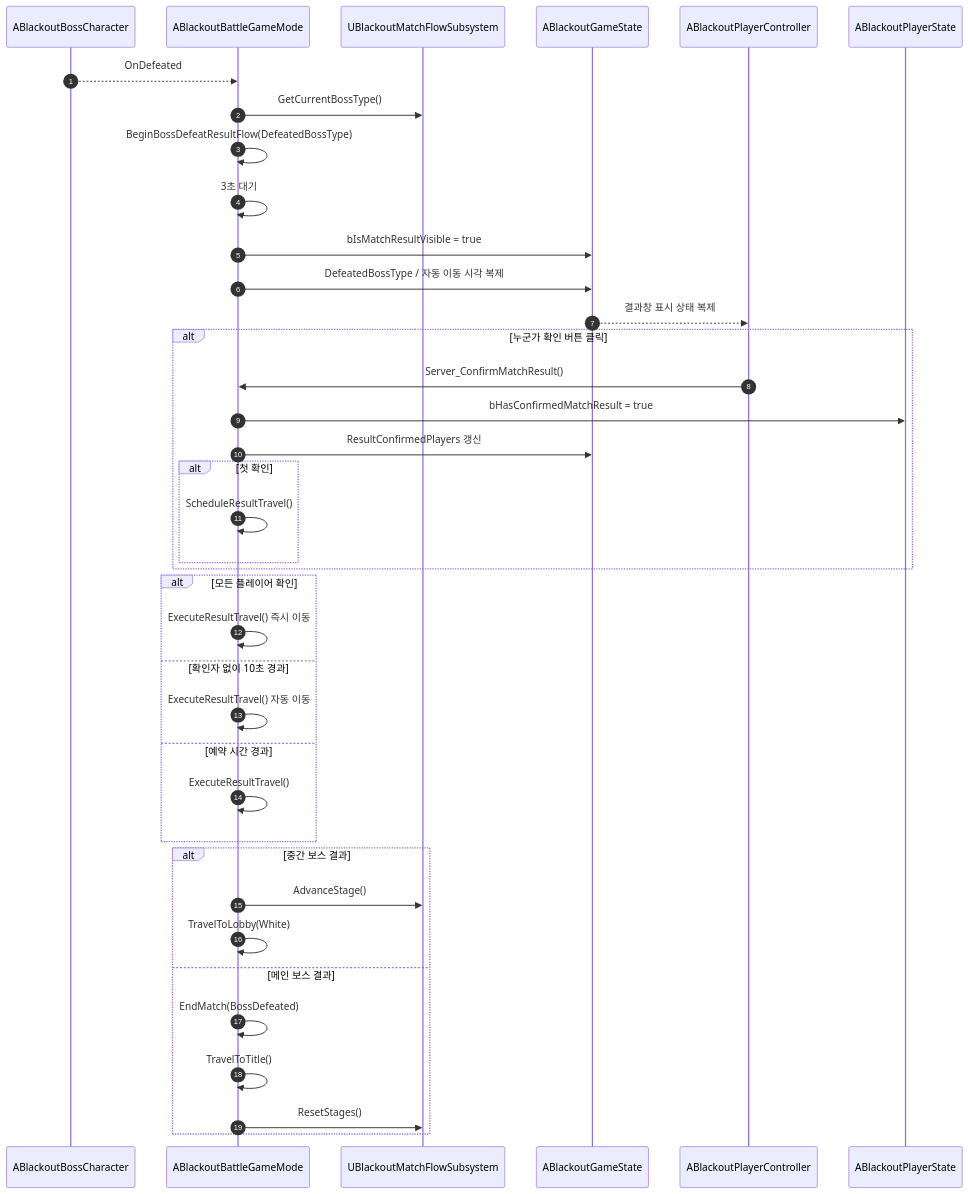
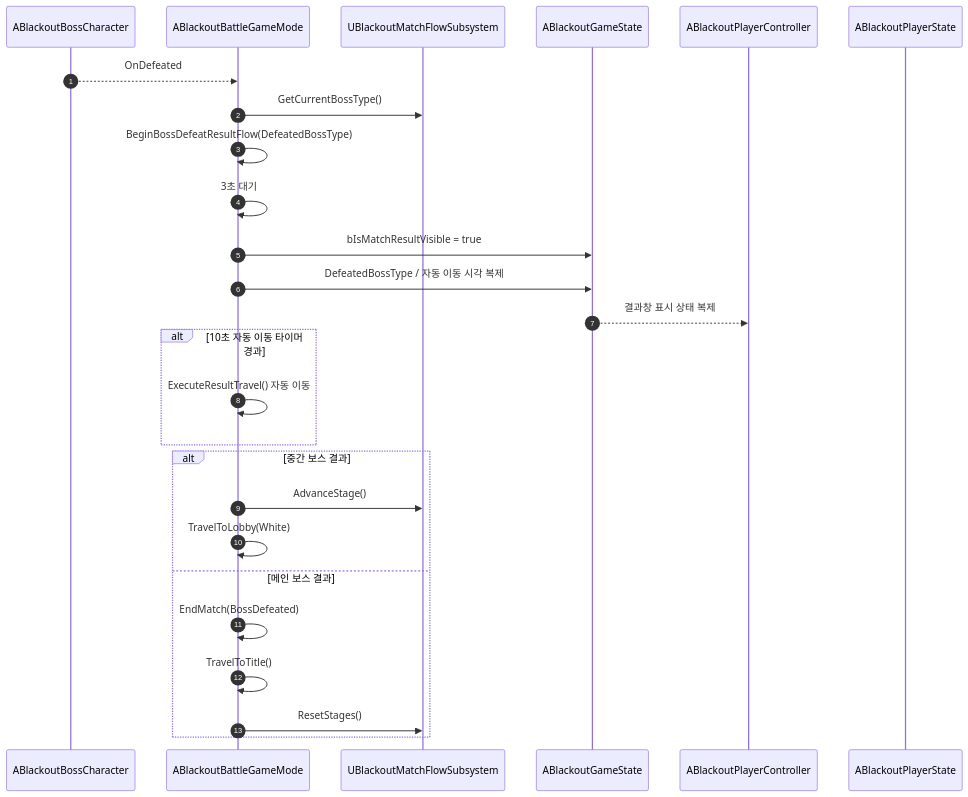
One commit to seongwon1579/ProjectBlackout changed the third of 3 diagrams in Docs/Foundation/12_Game_Flow_Result.md. Above: the diagram before and after it, drawn with Mermaid. The commit also changed other lines of this file and 24 other files, not shown here.

Commit message:
Docs: 클래스 다이어그램 최신화

````diff
--- a/Docs/Foundation/12_Game_Flow_Result.md
+++ b/Docs/Foundation/12_Game_Flow_Result.md
@@ -159,44 +154,31 @@
 ```mermaid
 sequenceDiagram
     autonumber
     participant Boss as ABlackoutBossCharacter
     participant GM as ABlackoutBattleGameMode
     participant Flow as UBlackoutMatchFlowSubsystem
     participant GS as ABlackoutGameState
     participant PC as ABlackoutPlayerController
     participant PS as ABlackoutPlayerState
 
     Boss-->>GM: OnDefeated
     GM->>Flow: GetCurrentBossType()
     GM->>GM: BeginBossDefeatResultFlow(DefeatedBossType)
     GM->>GM: 3초 대기
     GM->>GS: bIsMatchResultVisible = true
     GM->>GS: DefeatedBossType / 자동 이동 시각 복제
     GS-->>PC: 결과창 표시 상태 복제
 
-    alt 누군가 확인 버튼 클릭
-        PC->>GM: Server_ConfirmMatchResult()
-        GM->>PS: bHasConfirmedMatchResult = true
-        GM->>GS: ResultConfirmedPlayers 갱신
-        alt 첫 확인
-            GM->>GM: ScheduleResultTravel()
-        end
-    end
-
-    alt 모든 플레이어 확인
-        GM->>GM: ExecuteResultTravel() 즉시 이동
-    else 확인자 없이 10초 경과
+    alt 10초 자동 이동 타이머 경과
         GM->>GM: ExecuteResultTravel() 자동 이동
-    else 예약 시간 경과
-        GM->>GM: ExecuteResultTravel()
     end
 
     alt 중간 보스 결과
         GM->>Flow: AdvanceStage()
         GM->>GM: TravelToLobby(White)
     else 메인 보스 결과
         GM->>GM: EndMatch(BossDefeated)
         GM->>GM: TravelToTitle()
         GM->>Flow: ResetStages()
     end
 ```
````
